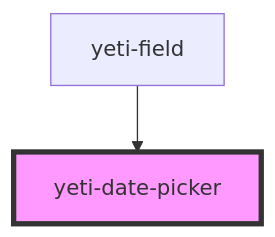
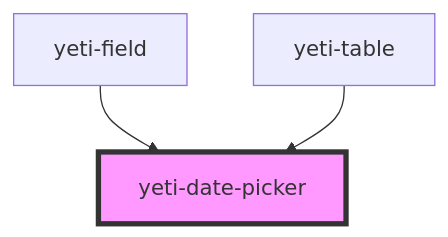
One commit to msoltvedt/yeti changed the diagram in src/components/yeti-date-picker/readme.md. Above: the diagram before and after it, drawn with Mermaid. The commit also changed other lines of this file and 24 other files, not shown here.

Commit message:
Add table filtering, minor updates to Date Picker and Multiselect

````diff
--- a/src/components/yeti-date-picker/readme.md
+++ b/src/components/yeti-date-picker/readme.md
@@ -35,5 +37,6 @@
 ```mermaid
 graph TD;
   yeti-field --> yeti-date-picker
+  yeti-table --> yeti-date-picker
   style yeti-date-picker fill:#f9f,stroke:#333,stroke-width:4px
 ```
````
